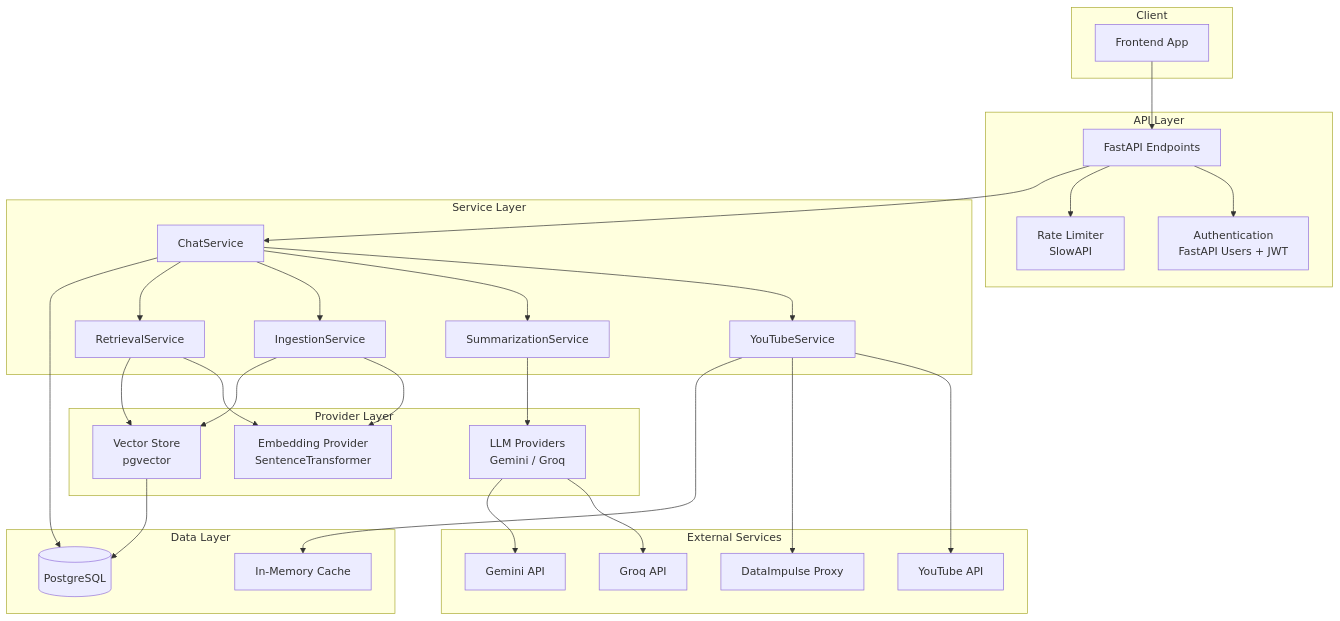
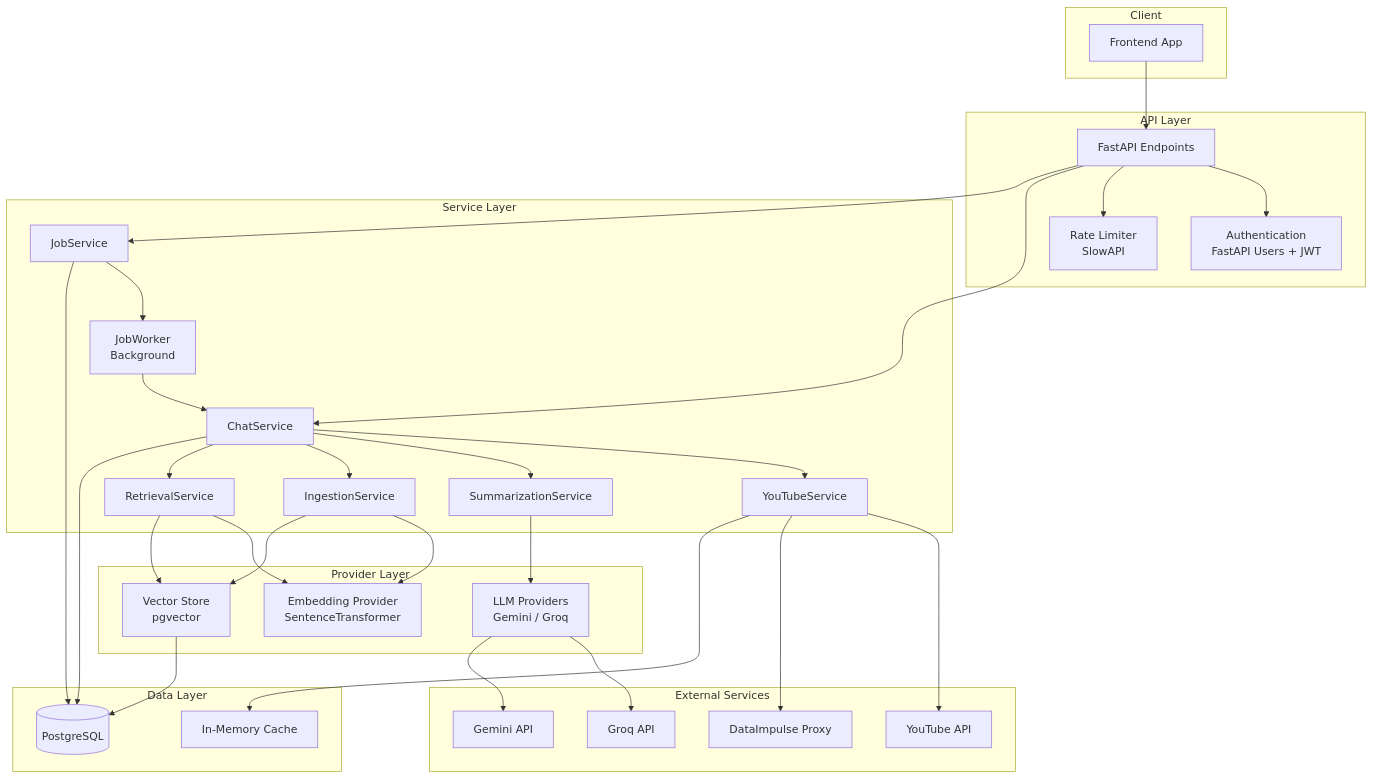
One commit to smolikja/yt-playlist-sum-be changed the diagram in docs/architecture.md. Above: the diagram before and after it, drawn with Mermaid. The commit also changed other lines of this file and 16 other files, not shown here.

Commit message:
wip: background async jobs

````diff
--- a/docs/architecture.md
+++ b/docs/architecture.md
@@ -7,62 +7,69 @@
 ```mermaid
 graph TB
     subgraph "Client"
         FE[Frontend App]
     end
     
     subgraph "API Layer"
         API[FastAPI Endpoints]
         AUTH[Authentication<br/>FastAPI Users + JWT]
         LIMIT[Rate Limiter<br/>SlowAPI]
     end
     
     subgraph "Service Layer"
         CHAT[ChatService]
+        JOBS[JobService]
+        WORKER[JobWorker<br/>Background]
         YT[YouTubeService]
         SUM[SummarizationService]
         ING[IngestionService]
         RET[RetrievalService]
     end
     
     subgraph "Provider Layer"
         LLM[LLM Providers<br/>Gemini / Groq]
         EMB[Embedding Provider<br/>SentenceTransformer]
         VEC[Vector Store<br/>pgvector]
     end
     
     subgraph "Data Layer"
         PG[(PostgreSQL)]
         CACHE[In-Memory Cache]
     end
     
     subgraph "External Services"
         YOUTUBE[YouTube API]
         GROQ[Groq API]
         GEMINI[Gemini API]
         PROXY[DataImpulse Proxy]
     end
     
     FE --> API
     API --> AUTH
     API --> LIMIT
     API --> CHAT
+    API --> JOBS
+    
+    JOBS --> WORKER
+    WORKER --> CHAT
     
     CHAT --> YT
     CHAT --> SUM
     CHAT --> ING
     CHAT --> RET
     
     YT --> YOUTUBE
     YT --> PROXY
     SUM --> LLM
     ING --> EMB
     ING --> VEC
     RET --> EMB
     RET --> VEC
     
     LLM --> GROQ
     LLM --> GEMINI
     VEC --> PG
     CHAT --> PG
+    JOBS --> PG
     YT --> CACHE
 ```
````
